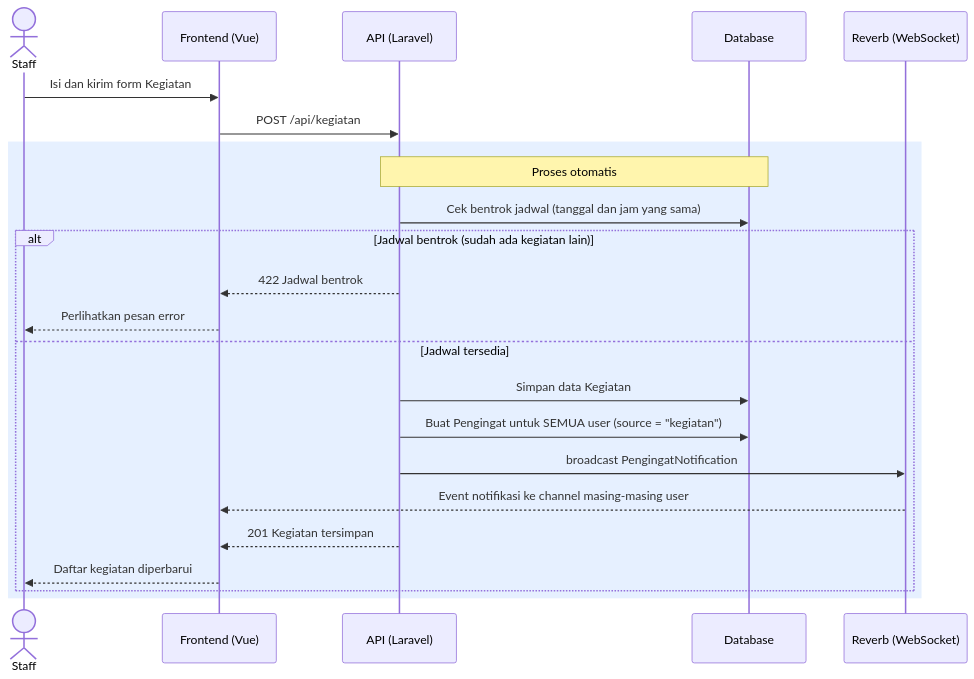
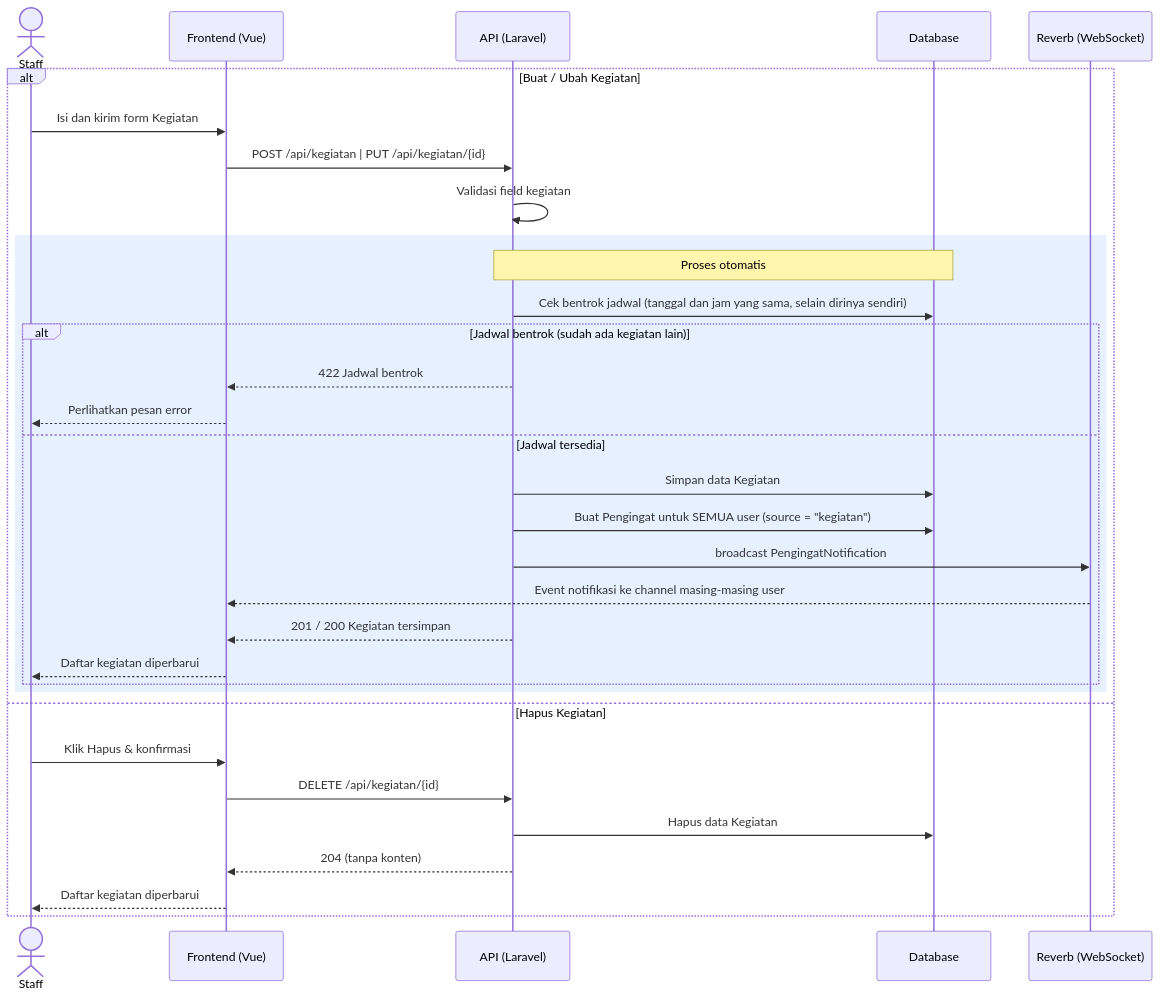
Before and after one commit to cisnatinnov/SI_Pengelolaan_Data_Agenda: the eighth of 28 diagrams in laravel-vue-mvc/docs/UML_Documentation.md, drawn with Mermaid. The commit also changed other lines of this file and 44 other files, not shown here.

First line of the commit message:
Add and update diagrams for various features; remove outdated diagrams

````diff
--- a/laravel-vue-mvc/docs/UML_Documentation.md
+++ b/laravel-vue-mvc/docs/UML_Documentation.md
@@ -290,27 +347,36 @@
 ```mermaid
 sequenceDiagram
     actor Staff
     participant UI as Frontend (Vue)
     participant API as API (Laravel)
     participant DB as Database
     participant WS as Reverb (WebSocket)
 
-    Staff->>UI: Isi dan kirim form Kegiatan
-    UI->>API: POST /api/kegiatan
+    alt Buat / Ubah Kegiatan
+        Staff->>UI: Isi dan kirim form Kegiatan
+        UI->>API: POST /api/kegiatan | PUT /api/kegiatan/{id}
+        API->>API: Validasi field kegiatan
 
-    rect rgb(230, 240, 255)
-        Note over API,DB: Proses otomatis
-        API->>DB: Cek bentrok jadwal (tanggal dan jam yang sama)
-        alt Jadwal bentrok (sudah ada kegiatan lain)
-            API-->>UI: 422 Jadwal bentrok
-            UI-->>Staff: Perlihatkan pesan error
-        else Jadwal tersedia
-            API->>DB: Simpan data Kegiatan
-            API->>DB: Buat Pengingat untuk SEMUA user (source = "kegiatan")
-            API->>WS: broadcast PengingatNotification
-            WS-->>UI: Event notifikasi ke channel masing-masing user
-            API-->>UI: 201 Kegiatan tersimpan
-            UI-->>Staff: Daftar kegiatan diperbarui
+        rect rgb(230, 240, 255)
+            Note over API,DB: Proses otomatis
+            API->>DB: Cek bentrok jadwal (tanggal dan jam yang sama, selain dirinya sendiri)
+            alt Jadwal bentrok (sudah ada kegiatan lain)
+                API-->>UI: 422 Jadwal bentrok
+                UI-->>Staff: Perlihatkan pesan error
+            else Jadwal tersedia
+                API->>DB: Simpan data Kegiatan
+                API->>DB: Buat Pengingat untuk SEMUA user (source = "kegiatan")
+                API->>WS: broadcast PengingatNotification
+                WS-->>UI: Event notifikasi ke channel masing-masing user
+                API-->>UI: 201 / 200 Kegiatan tersimpan
+                UI-->>Staff: Daftar kegiatan diperbarui
+            end
         end
+    else Hapus Kegiatan
+        Staff->>UI: Klik Hapus & konfirmasi
+        UI->>API: DELETE /api/kegiatan/{id}
+        API->>DB: Hapus data Kegiatan
+        API-->>UI: 204 (tanpa konten)
+        UI-->>Staff: Daftar kegiatan diperbarui
     end
 ```
````
